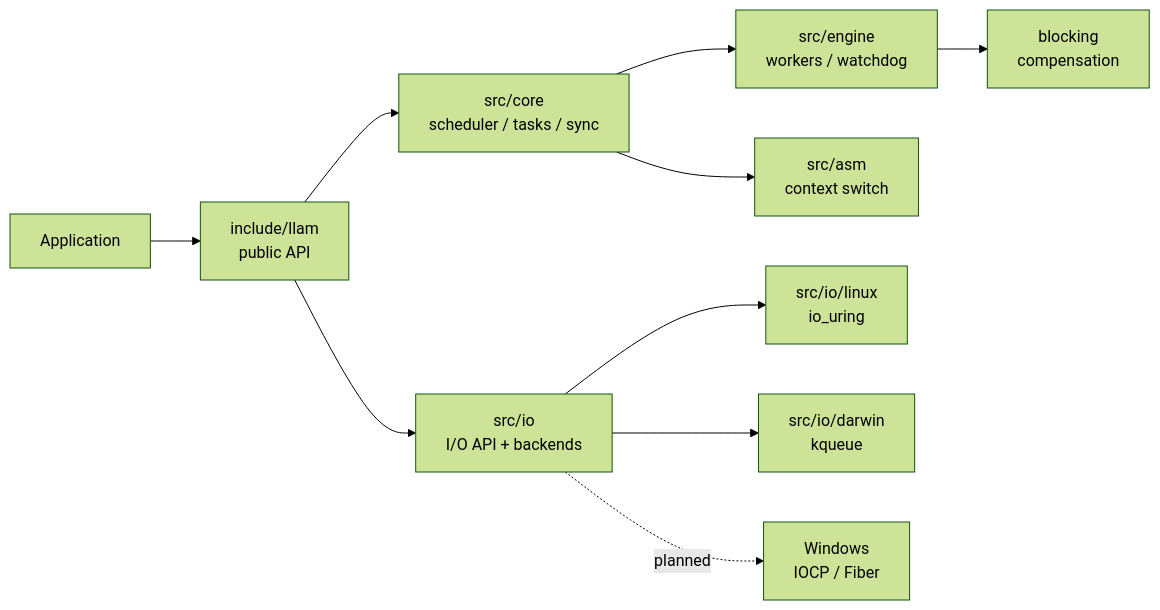
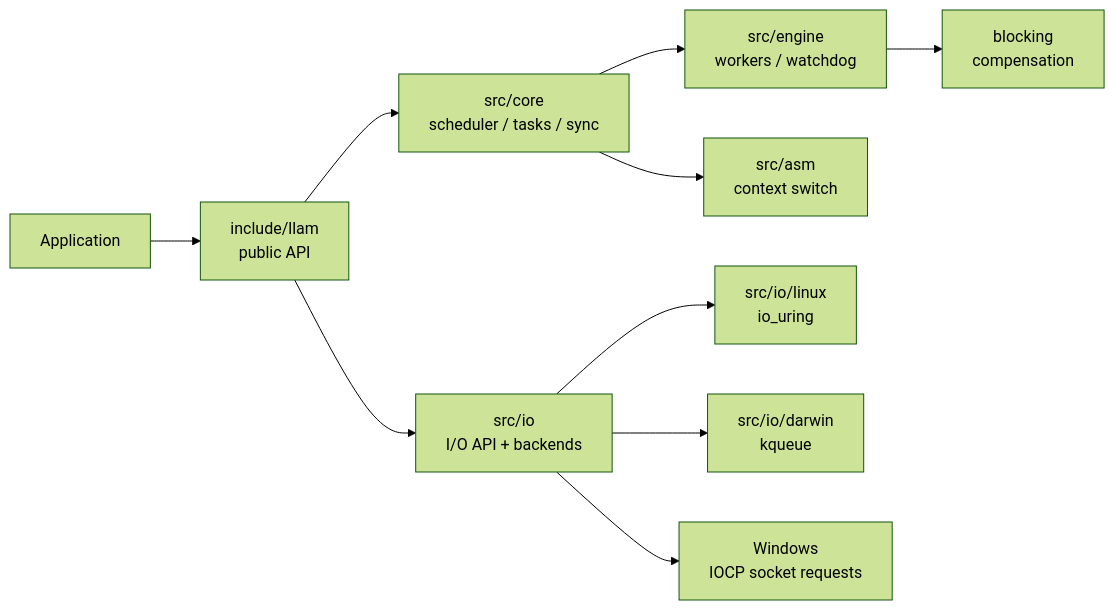
The second of 2 diagrams in README.md (Feralthedogg/LLAM), drawn with Mermaid (forest theme) before and after one commit. The commit also changed other lines of this file and 83 other files, not shown here.

````diff
--- a/README.md
+++ b/README.md
@@ -787,12 +840,12 @@
 ```mermaid
 flowchart LR
     App["Application"] --> API["include/llam\npublic API"]
     API --> Core["src/core\nscheduler / tasks / sync"]
     API --> IO["src/io\nI/O API + backends"]
     Core --> Engine["src/engine\nworkers / watchdog"]
     Engine --> Blocking["blocking\ncompensation"]
     IO --> Linux["src/io/linux\nio_uring"]
     IO --> Darwin["src/io/darwin\nkqueue"]
-    IO -.->|planned| Windows["Windows\nIOCP / Fiber"]
+    IO --> Windows["Windows\nIOCP socket requests"]
     Core --> ASM["src/asm\ncontext switch"]
 ```
````
